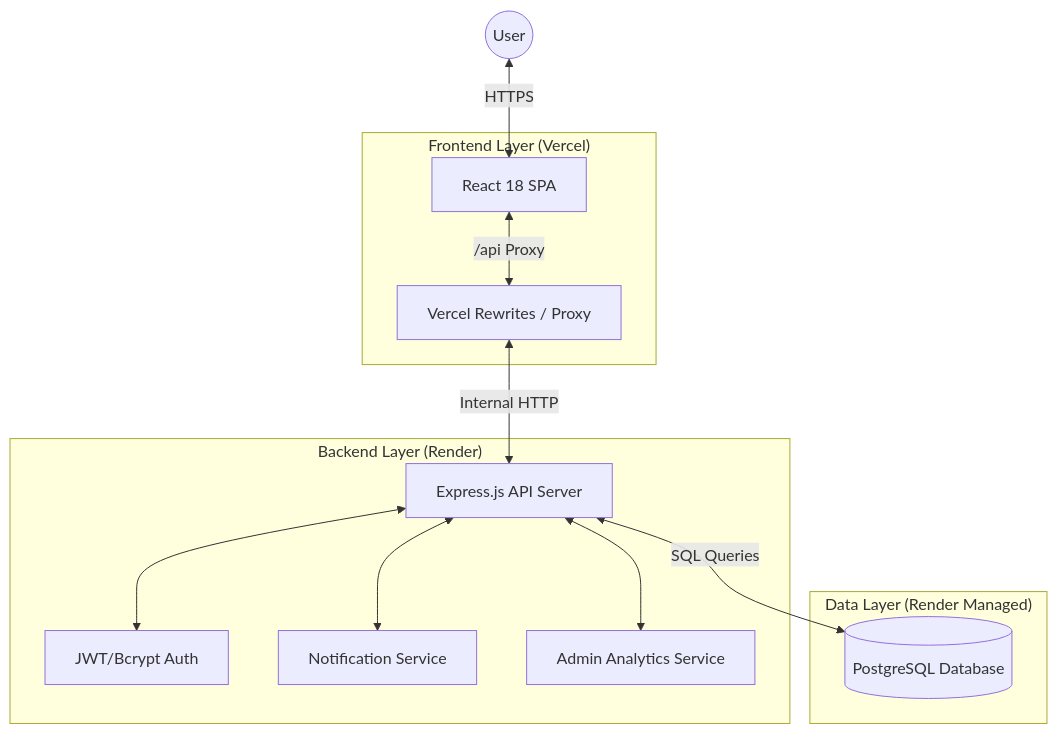
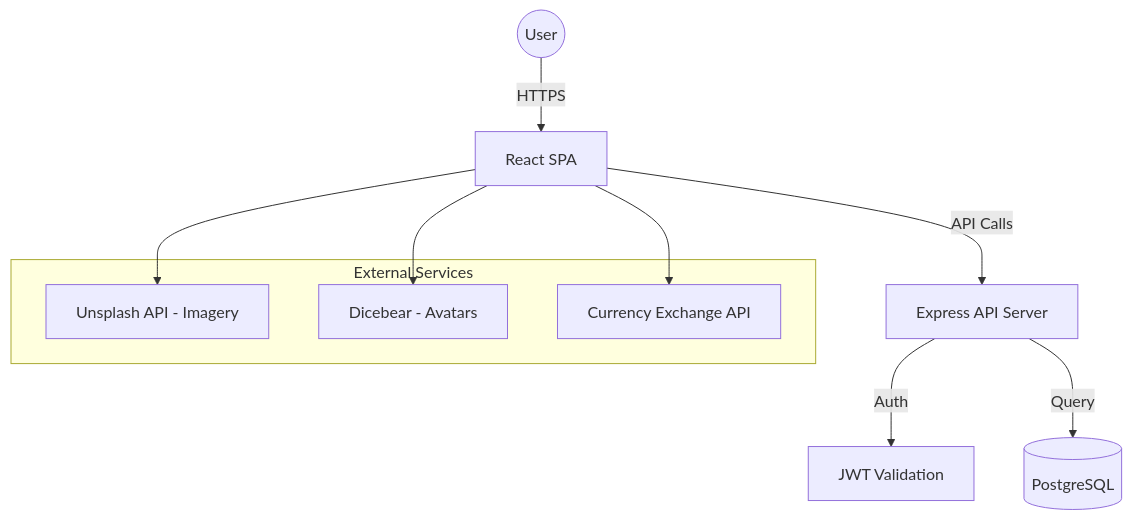
Before and after one commit to anujkdotexe/Traveloop-Personalized_Travel_Planner-OdooxParul: the diagram in docs/ARCHITECTURE.md, drawn with Mermaid. The commit also changed other lines of this file and 27 other files, not shown here.

````diff
--- a/docs/ARCHITECTURE.md
+++ b/docs/ARCHITECTURE.md
@@ -7,28 +15,17 @@
 ```mermaid
 graph TD
-    User((User))
+    User((User)) -->|HTTPS| Frontend[React SPA]
+    Frontend -->|API Calls| API[Express API Server]
+    API -->|Auth| JWT[JWT Validation]
+    API -->|Query| DB[(PostgreSQL)]
     
-    subgraph "Frontend Layer (Vercel)"
-        UI[React 18 SPA]
-        V_Rewrites[Vercel Rewrites / Proxy]
+    subgraph "External Services"
+        Unsplash[Unsplash API - Imagery]
+        Dicebear[Dicebear - Avatars]
+        Exchange[Currency Exchange API]
     end
     
-    subgraph "Backend Layer (Render)"
-        API[Express.js API Server]
-        Auth[JWT/Bcrypt Auth]
-        Notify[Notification Service]
-        Admin[Admin Analytics Service]
-    end
-    
-    subgraph "Data Layer (Render Managed)"
-        DB[(PostgreSQL Database)]
-    end
-    
-    User <-->|HTTPS| UI
-    UI <-->|/api Proxy| V_Rewrites
-    V_Rewrites <-->|Internal HTTP| API
-    API <--> Auth
-    API <--> Notify
-    API <--> Admin
-    API <-->|SQL Queries| DB
+    Frontend --> Unsplash
+    Frontend --> Dicebear
+    Frontend --> Exchange
 ```
````
